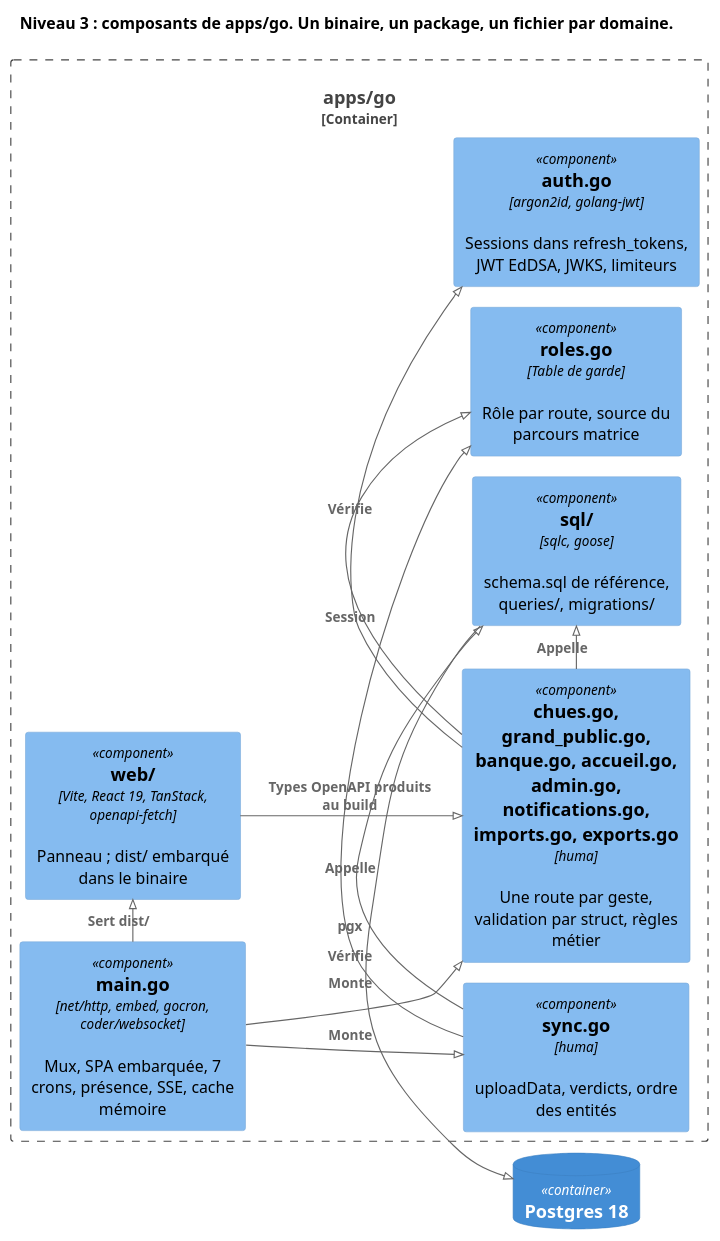
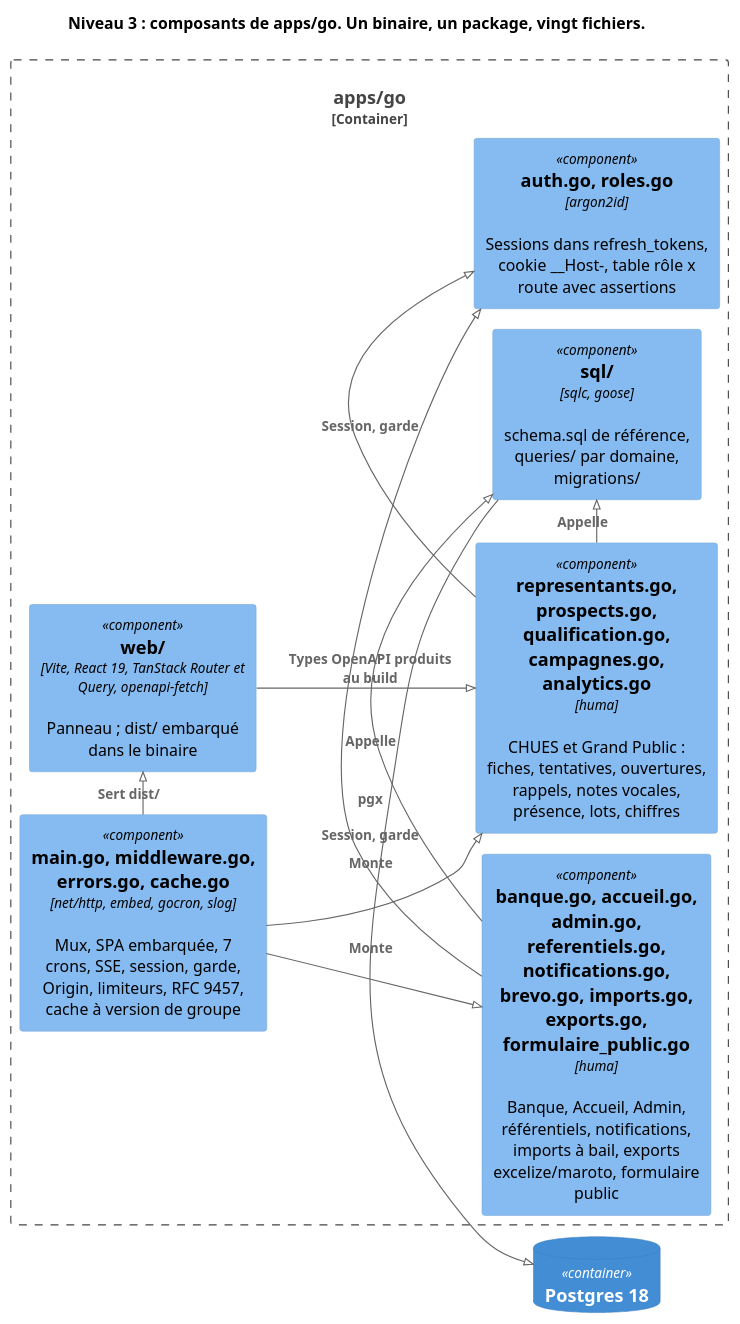
Before and after one commit to Compagnie-Prestige-Immobilier/crm-monorepo: the diagram in docs/v2-refonte/diagrammes/03-composants-go.puml, drawn with PlantUML. The commit also changed 15 other files, not shown here.

```diff
--- a/docs/v2-refonte/diagrammes/03-composants-go.puml
+++ b/docs/v2-refonte/diagrammes/03-composants-go.puml
@@ -1,29 +1,27 @@
 @startuml 03-composants-go
 !pragma layout smetana
 !include https://raw.githubusercontent.com/plantuml-stdlib/C4-PlantUML/master/C4_Component.puml
 LAYOUT_LEFT_RIGHT()
-title Niveau 3 : composants de apps/go. Un binaire, un package, un fichier par domaine.
+title Niveau 3 : composants de apps/go. Un binaire, un package, vingt fichiers.
 
 Container_Boundary(go, "apps/go") {
-  Component(main, "main.go", "net/http, embed, gocron, coder/websocket", "Mux, SPA embarquée, 7 crons, présence, SSE, cache mémoire")
-  Component(domaines, "chues.go, grand_public.go, banque.go, accueil.go, admin.go, notifications.go, imports.go, exports.go", "huma", "Une route par geste, validation par struct, règles métier")
-  Component(sync, "sync.go", "huma", "uploadData, verdicts, ordre des entités")
-  Component(auth, "auth.go", "argon2id, golang-jwt", "Sessions dans refresh_tokens, JWT EdDSA, JWKS, limiteurs")
-  Component(roles, "roles.go", "Table de garde", "Rôle par route, source du parcours matrice")
-  Component(sql, "sql/", "sqlc, goose", "schema.sql de référence, queries/, migrations/")
-  Component(web, "web/", "Vite, React 19, TanStack, openapi-fetch", "Panneau ; dist/ embarqué dans le binaire")
+  Component(main, "main.go, middleware.go, errors.go, cache.go", "net/http, embed, gocron, slog", "Mux, SPA embarquée, 7 crons, SSE, session, garde, Origin, limiteurs, RFC 9457, cache à version de groupe")
+  Component(auth, "auth.go, roles.go", "argon2id", "Sessions dans refresh_tokens, cookie __Host-, table rôle x route avec assertions")
+  Component(chues, "representants.go, prospects.go, qualification.go, campagnes.go, analytics.go", "huma", "CHUES et Grand Public : fiches, tentatives, ouvertures, rappels, notes vocales, présence, lots, chiffres")
+  Component(autres, "banque.go, accueil.go, admin.go, referentiels.go, notifications.go, brevo.go, imports.go, exports.go, formulaire_public.go", "huma", "Banque, Accueil, Admin, référentiels, notifications, imports à bail, exports excelize/maroto, formulaire public")
+  Component(sql, "sql/", "sqlc, goose", "schema.sql de référence, queries/ par domaine, migrations/")
+  Component(web, "web/", "Vite, React 19, TanStack Router et Query, openapi-fetch", "Panneau ; dist/ embarqué dans le binaire")
 }
 
 ContainerDb(pg, "Postgres 18")
 
-Rel_R(main, domaines, "Monte")
-Rel_R(main, sync, "Monte")
+Rel_R(main, chues, "Monte")
+Rel_R(main, autres, "Monte")
 Rel_R(main, web, "Sert dist/")
-Rel_R(domaines, roles, "Vérifie")
-Rel_R(sync, roles, "Vérifie")
-Rel_R(domaines, auth, "Session")
-Rel_R(domaines, sql, "Appelle")
-Rel_R(sync, sql, "Appelle")
-Rel_D(web, domaines, "Types OpenAPI produits au build")
+Rel_R(chues, auth, "Session, garde")
+Rel_R(autres, auth, "Session, garde")
+Rel_R(chues, sql, "Appelle")
+Rel_R(autres, sql, "Appelle")
+Rel_D(web, chues, "Types OpenAPI produits au build")
 Rel_R(sql, pg, "pgx")
 @enduml
```
